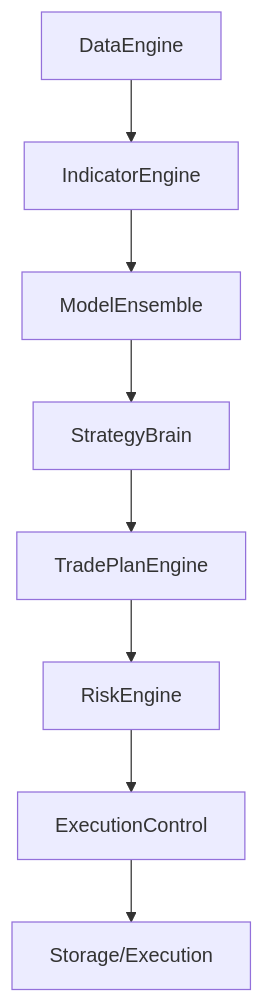
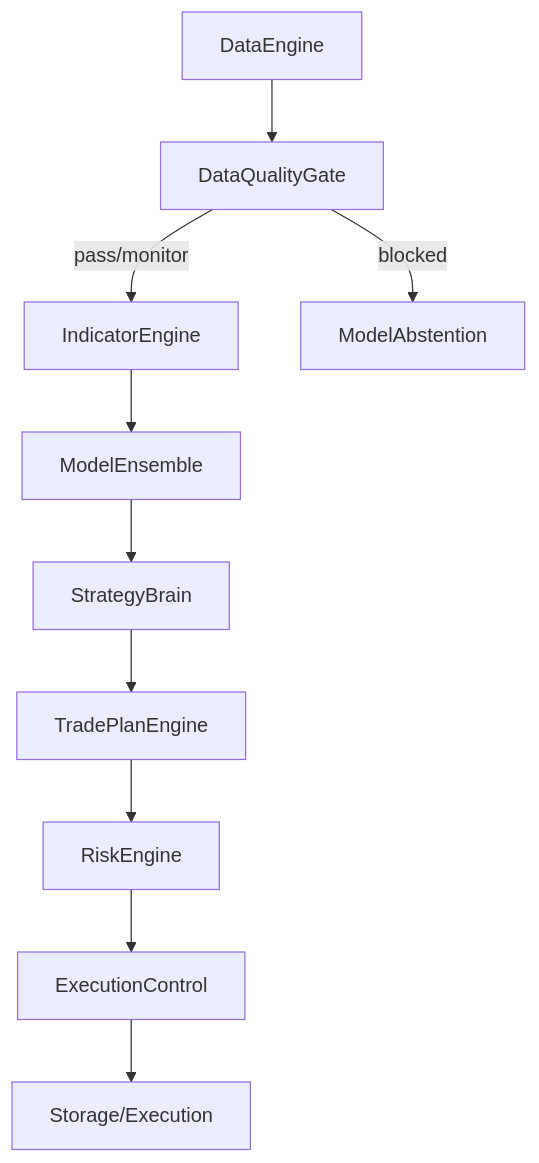
Before and after one commit to MohammadAbwini98/NEWXAU: the diagram in docs/ai/ARCHITECTURE.md, drawn with Mermaid. The commit also changed other lines of this file and 96 other files, not shown here.

````diff
--- a/docs/ai/ARCHITECTURE.md
+++ b/docs/ai/ARCHITECTURE.md
@@ -6,10 +6,12 @@
 ```mermaid
 graph TD;
-    DataEngine-->IndicatorEngine;
+    DataEngine-->DataQualityGate;
+    DataQualityGate-- pass/monitor -->IndicatorEngine;
+    DataQualityGate-- blocked -->ModelAbstention;
     IndicatorEngine-->ModelEnsemble;
     ModelEnsemble-->StrategyBrain;
     StrategyBrain-->TradePlanEngine;
     TradePlanEngine-->RiskEngine;
     RiskEngine-->ExecutionControl;
     ExecutionControl-->Storage/Execution;
 ```
````
